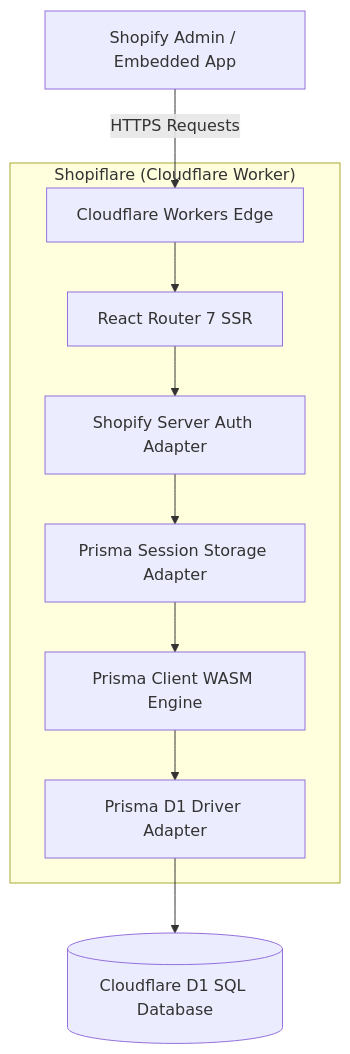
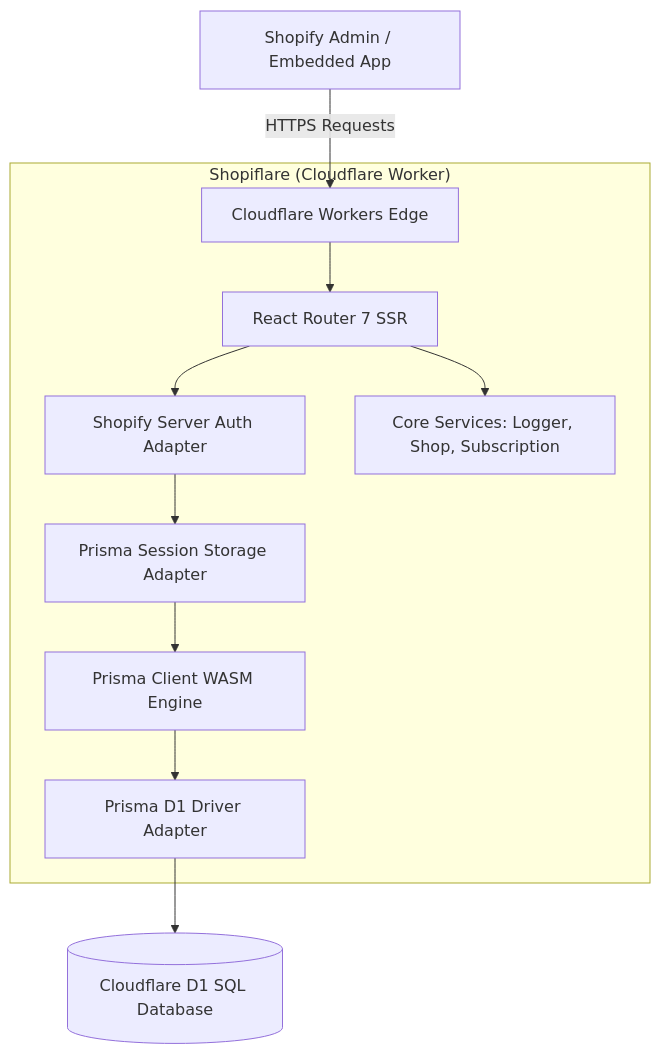
Before and after one commit to safwanadnan/shopiflare: the diagram in README.md, drawn with Mermaid. The commit also changed other lines of this file and 24 other files, not shown here.

````diff
--- a/README.md
+++ b/README.md
@@ -24,12 +27,13 @@
 ```mermaid
 graph TD
     Shopify[Shopify Admin / Embedded App] -->|HTTPS Requests| CF[Cloudflare Workers Edge]
     subgraph "Shopiflare (Cloudflare Worker)"
         CF --> Router[React Router 7 SSR]
         Router --> Auth[Shopify Server Auth Adapter]
+        Router --> Services[Core Services: Logger, Shop, Subscription]
         Auth --> SessionStore[Prisma Session Storage Adapter]
         SessionStore --> PrismaWASM[Prisma Client WASM Engine]
         PrismaWASM --> Adapter[Prisma D1 Driver Adapter]
     end
     Adapter --> D1[(Cloudflare D1 SQL Database)]
 ```
````
